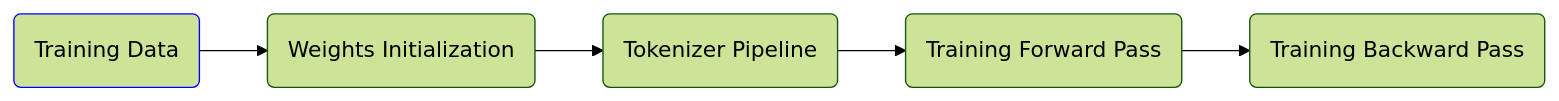
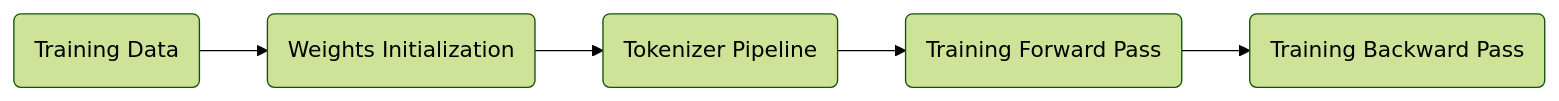
Before and after one commit to ChrisZhu2050/chriszhu2050.github.io: the first of 19 diagrams in index.md, drawn with Mermaid (forest theme).

````diff
--- a/index.md
+++ b/index.md
@@ -11,11 +11,10 @@
 ```mermaid
 
 graph LR
-    A(Training Data):::myStyle  --> B(Weights Initialization) --> C(Tokenizer Pipeline) --> D(Training Forward Pass) --> E(Training Backward Pass)
+    A(Training Data) --> B(Weights Initialization) --> C(Tokenizer Pipeline) --> D(Training Forward Pass) --> E(Training Backward Pass)
     click A "#training-data"
     click B "#weights-initialization"
     click C "#tokenizer-pipeline"
     click D "#training-forward-pass"
     click E "#training-backward-pass"
-    classDef myStyle stroke:#0000ff 
 ```     
````
